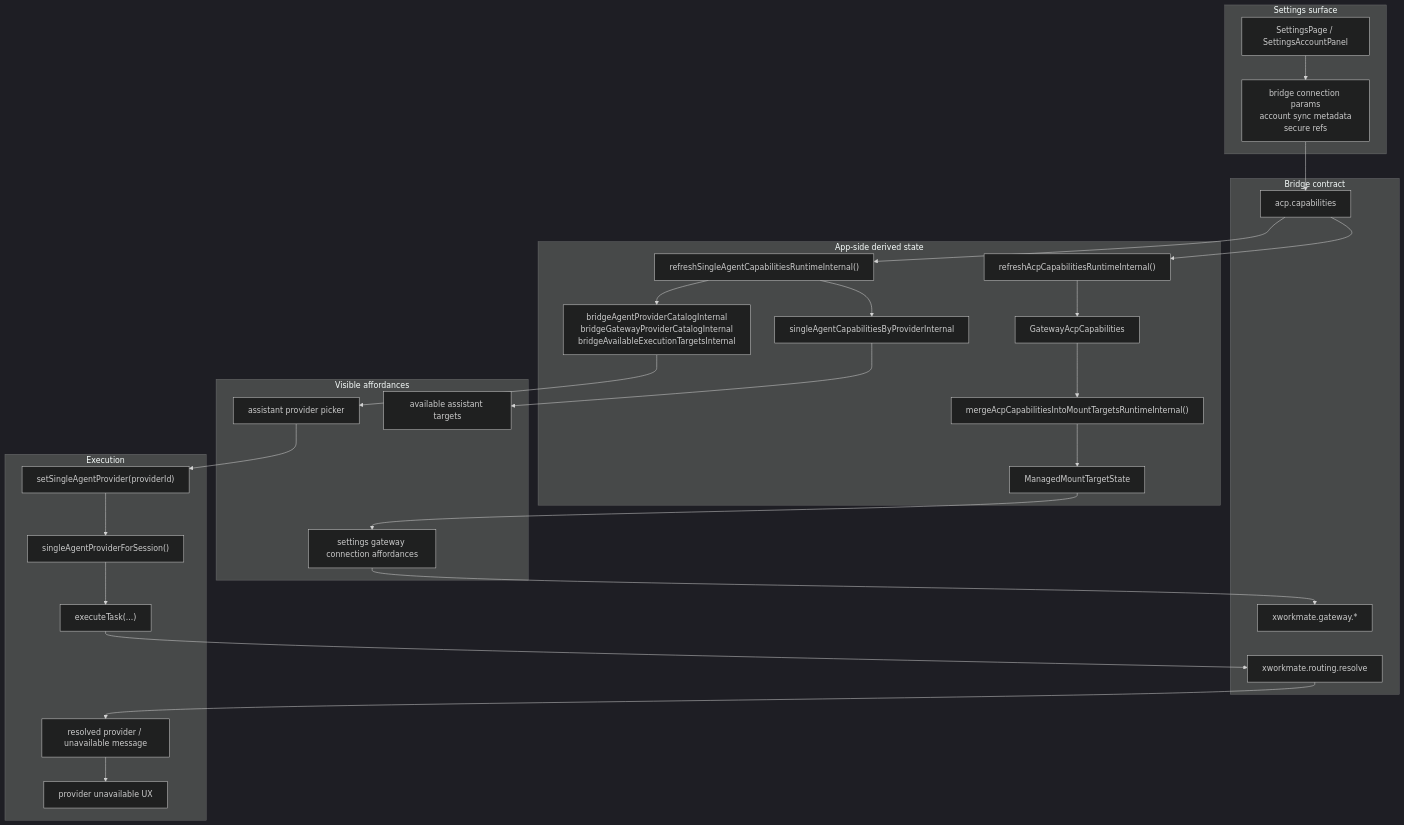
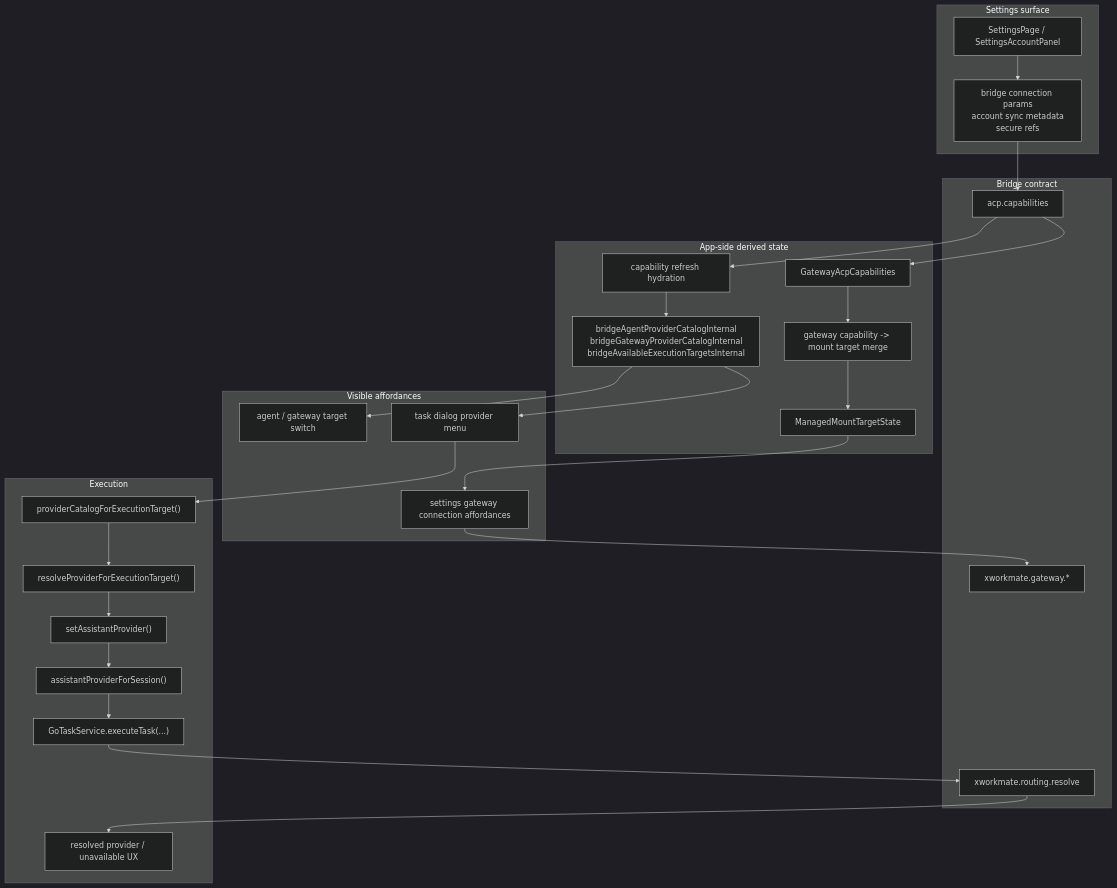
The diagram in docs/architecture/settings-integration-configuration-model.md (ai-workspace-lab/xworkmate-app), drawn with Mermaid (dark theme) before and after one commit. The commit also changed other lines of this file and 11 other files, not shown here.

Commit message:
Fix gateway routing when provider catalog is empty

````diff
--- a/docs/architecture/settings-integration-configuration-model.md
+++ b/docs/architecture/settings-integration-configuration-model.md
@@ -15,49 +15,46 @@
 ```mermaid
 flowchart TD
   subgraph SETTINGS["Settings surface"]
     A["SettingsPage / SettingsAccountPanel"]
     B["bridge connection params<br/>account sync metadata<br/>secure refs"]
     A --> B
   end
 
   subgraph BRIDGE["Bridge contract"]
     C["acp.capabilities"]
     D["xworkmate.routing.resolve"]
     E["xworkmate.gateway.*"]
     B --> C
   end
 
   subgraph APPSTATE["App-side derived state"]
-    F["refreshSingleAgentCapabilitiesRuntimeInternal()"]
+    F["capability refresh hydration"]
     G["bridgeAgentProviderCatalogInternal<br/>bridgeGatewayProviderCatalogInternal<br/>bridgeAvailableExecutionTargetsInternal"]
-    H["singleAgentCapabilitiesByProviderInternal"]
-    I["refreshAcpCapabilitiesRuntimeInternal()"]
-    J["GatewayAcpCapabilities"]
-    K["mergeAcpCapabilitiesIntoMountTargetsRuntimeInternal()"]
-    L["ManagedMountTargetState"]
+    H["GatewayAcpCapabilities"]
+    I["gateway capability -> mount target merge"]
+    J["ManagedMountTargetState"]
     C --> F --> G
-    F --> H
-    C --> I --> J --> K --> L
+    C --> H --> I --> J
   end
 
   subgraph UI["Visible affordances"]
-    M["assistant provider picker"]
-    N["available assistant targets"]
+    M["agent / gateway target switch"]
+    N["task dialog provider menu"]
     O["settings gateway connection affordances"]
     G --> M
-    H --> N
-    L --> O
+    G --> N
+    J --> O
   end
 
   subgraph EXEC["Execution"]
-    P["setSingleAgentProvider(providerId)"]
-    Q["singleAgentProviderForSession()"]
-    R["executeTask(...)"]
-    S["resolved provider / unavailable message"]
-    T["provider unavailable UX"]
-    M --> P --> Q --> R
-    R --> D --> S
-    S --> T
+    P["providerCatalogForExecutionTarget()"]
+    Q["resolveProviderForExecutionTarget()"]
+    R["setAssistantProvider()"]
+    S["assistantProviderForSession()"]
+    T["GoTaskService.executeTask(...)"]
+    U["resolved provider / unavailable UX"]
+    N --> P --> Q --> R --> S --> T
+    T --> D --> U
     O --> E
   end
 ```
````
